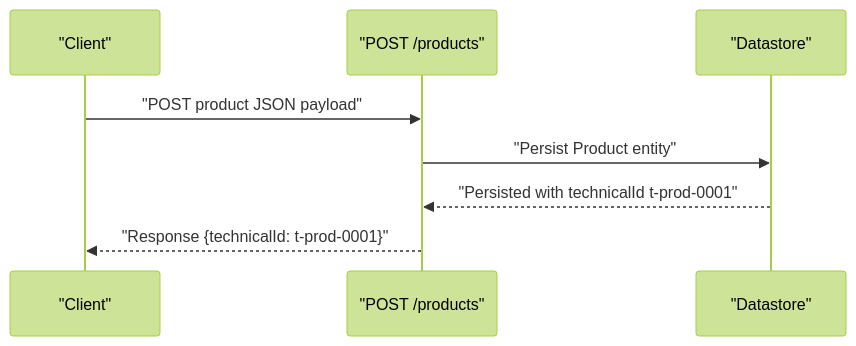
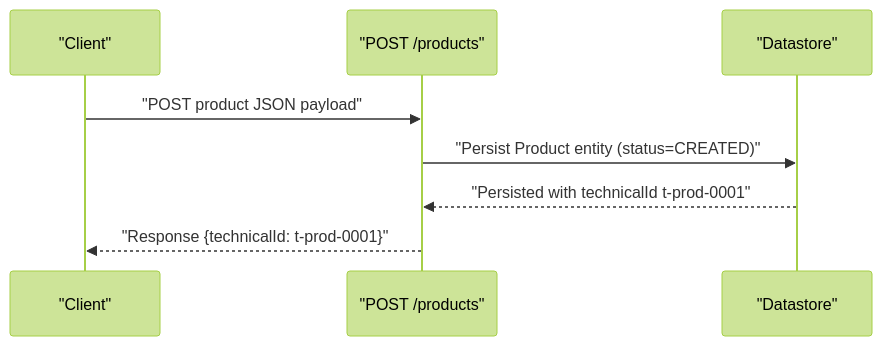
Before and after one commit to Cyoda-platform/java-client-template: the fifth of 7 diagrams in src/main/java/com/java_template/prototype/functional_requirement.md, drawn with Mermaid (forest theme). The commit also changed other lines of this file, not shown here.

````diff
--- a/src/main/java/com/java_template/prototype/functional_requirement.md
+++ b/src/main/java/com/java_template/prototype/functional_requirement.md
@@ -407,10 +462,10 @@
 ```mermaid
 sequenceDiagram
     participant Client as "Client"
     participant API as "POST /products"
     participant Store as "Datastore"
     Client->>API: "POST product JSON payload"
-    API->>Store: "Persist Product entity"
+    API->>Store: "Persist Product entity (status=CREATED)"
     Store-->>API: "Persisted with technicalId t-prod-0001"
     API-->>Client: "Response {technicalId: t-prod-0001}"
 ```
````
